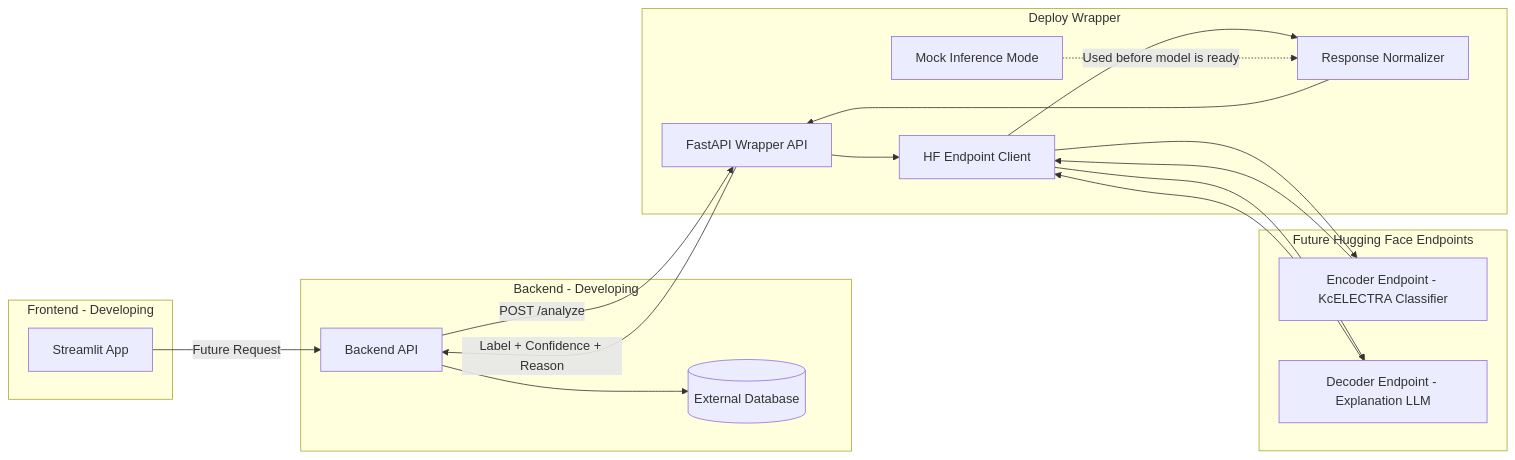
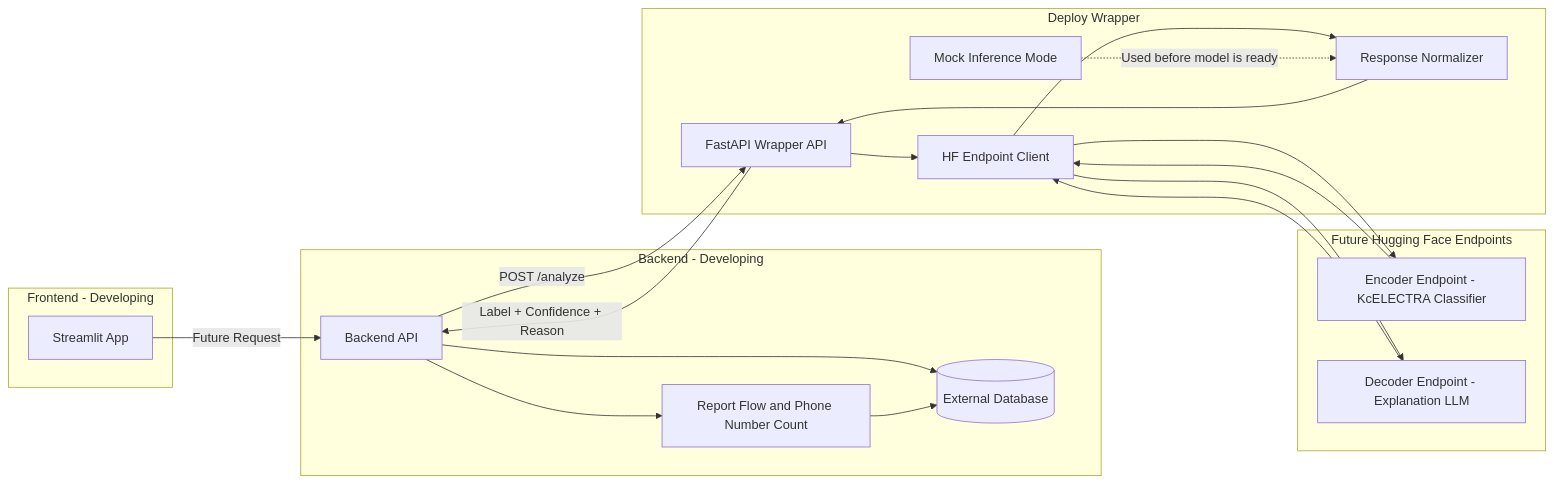
The diagram in deploy/architecture.md (Skullking2520/kdt-ai-2-team3-advanced), drawn with Mermaid before and after one commit. The commit also changed other lines of this file and 8 other files, not shown here.

````diff
--- a/deploy/architecture.md
+++ b/deploy/architecture.md
@@ -7,36 +7,39 @@
 ```mermaid
 graph LR
     subgraph Frontend [Frontend - Developing]
         ST[Streamlit App]
     end
 
     subgraph Backend [Backend - Developing]
         BE[Backend API]
         DB[(External Database)]
+        Report[Report Flow and Phone Number Count]
     end
 
     subgraph Deploy [Deploy Wrapper]
         API[FastAPI Wrapper API]
         Client[HF Endpoint Client]
         Normalize[Response Normalizer]
         Mock[Mock Inference Mode]
     end
 
     subgraph HF [Future Hugging Face Endpoints]
         ENC[Encoder Endpoint - KcELECTRA Classifier]
         DEC[Decoder Endpoint - Explanation LLM]
     end
 
     ST -->|Future Request| BE
     BE -->|POST /analyze| API
     API --> Client
     Client --> ENC
     Client --> DEC
     ENC --> Client
     DEC --> Client
     Client --> Normalize
     Normalize --> API
     API -->|Label + Confidence + Reason| BE
     BE --> DB
+    BE --> Report
+    Report --> DB
     Mock -.->|Used before model is ready| Normalize
 ```
````
